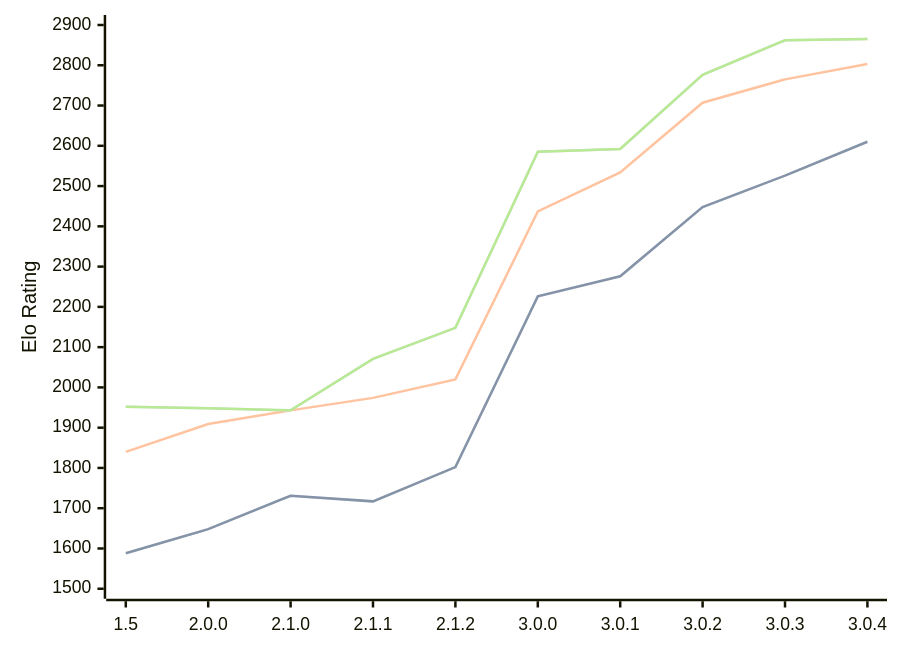
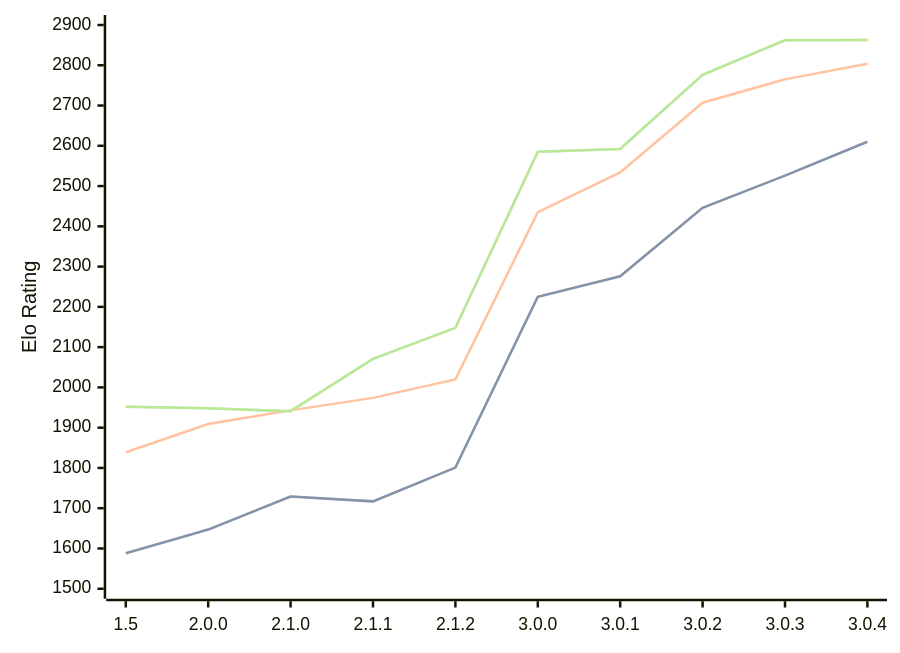
The third of 3 diagrams in engines/Rudim.md (computer-chess-index/cci), drawn with Mermaid before and after one commit. The commit also changed other lines of this file, not shown here.

Commit message:
Update CCI Ratings (ELO VLTC) - 2026-06-30

````diff
--- a/engines/Rudim.md
+++ b/engines/Rudim.md
@@ -82,11 +82,11 @@
 ```mermaid
 %%{init: {"theme":"base","themeVariables":{"seriesColors:['#a3a3a3','#222221','#faa371']}}}%%
 xychart-beta
   x-axis ["1.5", "2.0.0", "2.1.0", "2.1.1", "2.1.2", "3.0.0", "3.0.1", "3.0.2", "3.0.3", "3.0.4"]
   y-axis "Elo Rating" 1500 --> 2900
-  line "STC (8.0+0.08s)" [1588, 1648, 1731, 1717, 1802, 2226, 2276, 2448, 2526, 2610]
-  line "STC (8.0+0.08s)" [1588, 1648, 1731, 1717, 1802, 2226, 2276, 2448, 2526, 2610]
-  line "LTC (60.0+0.60s)" [1840, 1909, 1943, 1974, 2020, 2437, 2534, 2707, 2765, 2803]
-  line "VLTC (2m24s+1.12s)" [1952, 1948, 1943, 2071, 2148, 2585, 2592, 2776, 2862, 2865]
-  line "VLTC (2m24s+1.12s)" [1952, 1948, 1943, 2071, 2148, 2585, 2592, 2776, 2862, 2865]
+  line "STC (8.0+0.08s)" [1588, 1647, 1729, 1717, 1801, 2225, 2276, 2446, 2526, 2610]
+  line "STC (8.0+0.08s)" [1588, 1647, 1729, 1717, 1801, 2225, 2276, 2446, 2526, 2610]
+  line "LTC (60.0+0.60s)" [1839, 1909, 1943, 1974, 2020, 2435, 2534, 2707, 2765, 2804]
+  line "VLTC (2m24s+1.12s)" [1952, 1948, 1941, 2071, 2148, 2585, 2592, 2776, 2862, 2863]
+  line "VLTC (2m24s+1.12s)" [1952, 1948, 1941, 2071, 2148, 2585, 2592, 2776, 2862, 2863]
 ```
````
